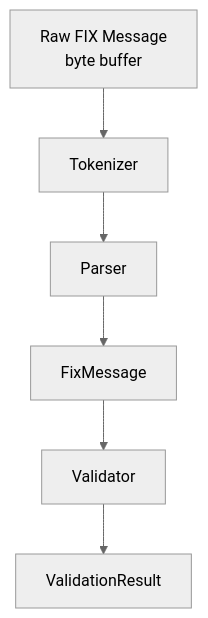
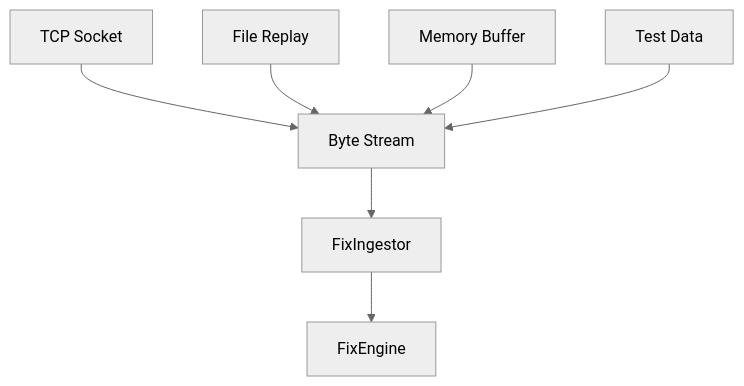
One commit to DrunkTrader/FixEngine changed the first of 6 diagrams in README.md. Above: the diagram before and after it, drawn with Mermaid (neutral theme). The commit also changed other lines of this file, not shown here.

````diff
--- a/README.md
+++ b/README.md
@@ -156,15 +78,16 @@
 ```mermaid
 flowchart TD
-    A["Raw FIX Message<br/>byte buffer"]
-    B["Tokenizer"]
-    C["Parser"]
-    D["FixMessage"]
-    E["Validator"]
-    F["ValidationResult"]
 
-    A --> B
-    B --> C
-    C --> D
+    A[TCP Socket]
+    B[File Replay]
+    C[Memory Buffer]
+    D[Test Data]
+
+    A --> E[Byte Stream]
+    B --> E
+    C --> E
     D --> E
-    E --> F
+
+    E --> F[FixIngestor]
+    F --> G[FixEngine]
 ```
````
